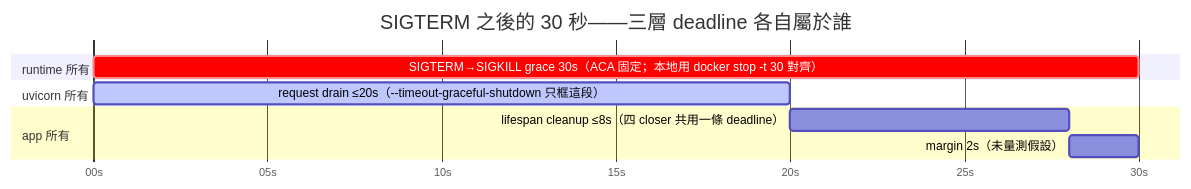
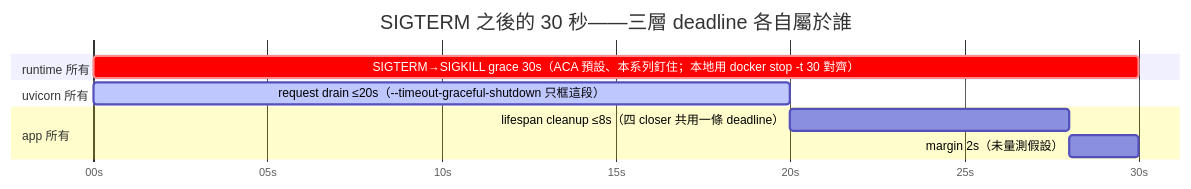
Before and after one commit to kehao-playground/azure-genai-backend-lab: the diagram in docs/diagrams/container-shutdown-timeline.zh-tw.mmd, drawn with Mermaid. The commit also changed 5 other files, not shown here.

First line of the commit message:
docs: ACA 30s grace is the default, not a fixed ceiling (Day 23 article review R1)

```diff
--- a/docs/diagrams/container-shutdown-timeline.zh-tw.mmd
+++ b/docs/diagrams/container-shutdown-timeline.zh-tw.mmd
@@ -1,14 +1,14 @@
 %% Publication source (zh-TW) for the Day 23 article figure.
 %% English semantic companion: container-shutdown-timeline.md — keep the two in the same topology.
 %% The planning repo stores only the rendered PNG snapshot (proposal 005).
 gantt
     title SIGTERM 之後的 30 秒——三層 deadline 各自屬於誰
     dateFormat X
     axisFormat %Ss
     section runtime 所有
-    SIGTERM→SIGKILL grace 30s（ACA 固定；本地用 docker stop -t 30 對齊） :crit, grace, 0, 30s
+    SIGTERM→SIGKILL grace 30s（ACA 預設、本系列釘住；本地用 docker stop -t 30 對齊） :crit, grace, 0, 30s
     section uvicorn 所有
     request drain ≤20s（--timeout-graceful-shutdown 只框這段） :active, drain, 0, 20s
     section app 所有
     lifespan cleanup ≤8s（四 closer 共用一條 deadline） :cleanup, after drain, 8s
     margin 2s（未量測假設） :margin, after cleanup, 2s
```
